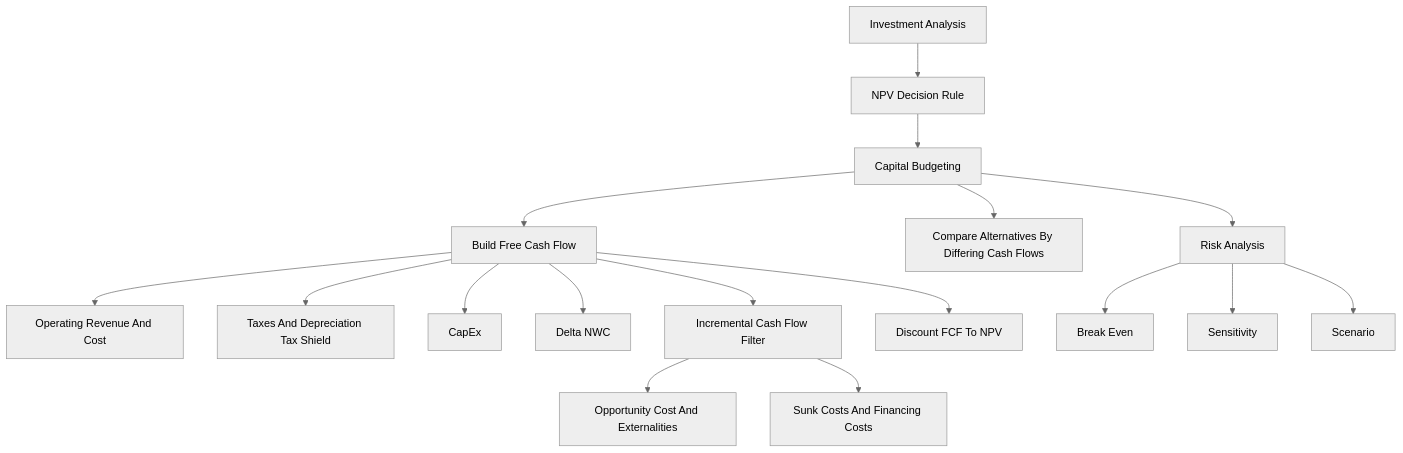
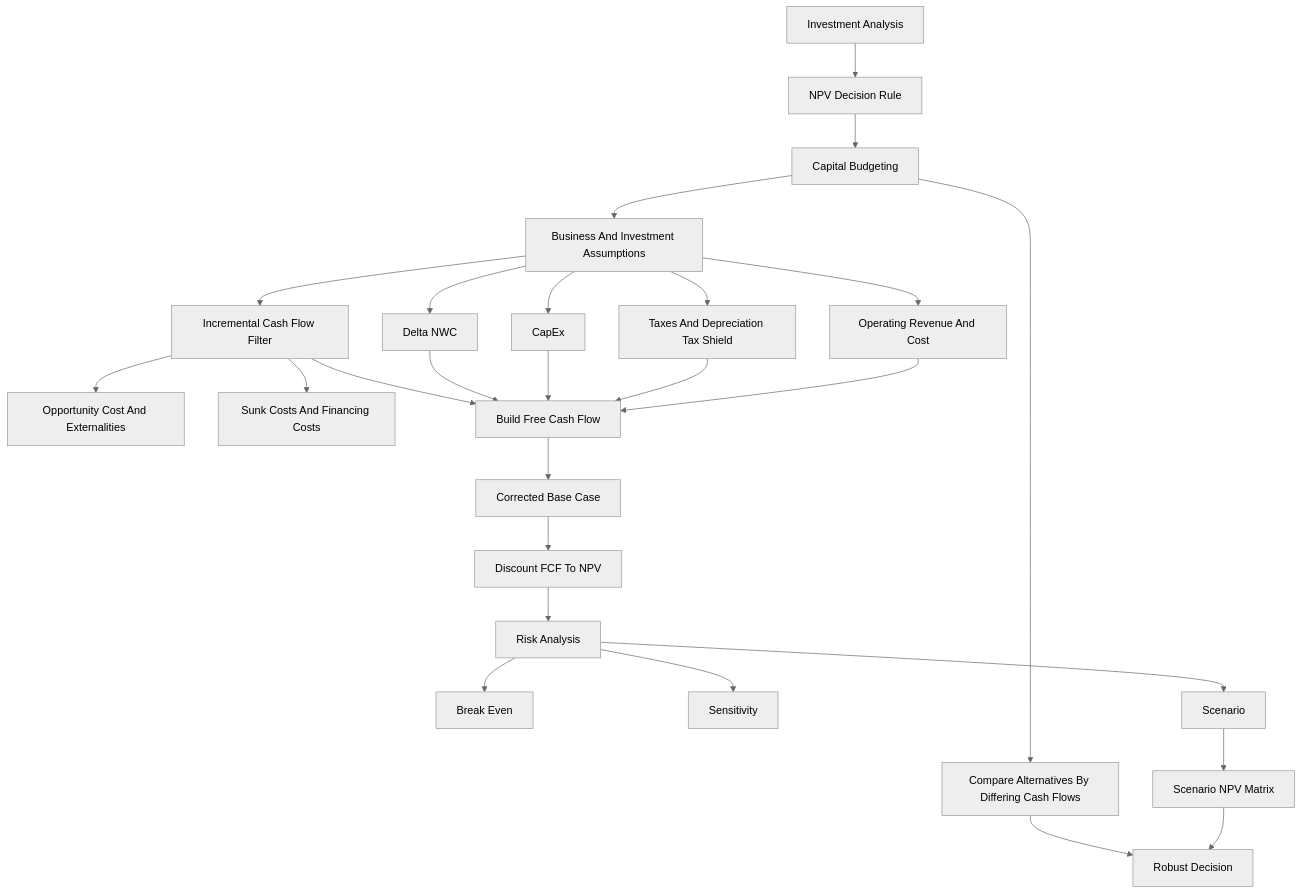
One commit to aerkn1/TUM-semester-2 changed the diagram in finance-and-investment-management/wiki/session-05-06-capital-budgeting/session-05-06-capital-budgeting.md. Above: the diagram before and after it, drawn with Mermaid (neutral theme). The commit also changed other lines of this file and 29 other files, not shown here.

````diff
--- a/finance-and-investment-management/wiki/session-05-06-capital-budgeting/session-05-06-capital-budgeting.md
+++ b/finance-and-investment-management/wiki/session-05-06-capital-budgeting/session-05-06-capital-budgeting.md
@@ -234,19 +897,28 @@
 ```mermaid
 flowchart TD
     IA[Investment Analysis] --> RULE[NPV Decision Rule]
     RULE --> CB[Capital Budgeting]
-    CB --> FCF[Build Free Cash Flow]
-    FCF --> OPER[Operating Revenue And Cost]
-    FCF --> TAX[Taxes And Depreciation Tax Shield]
-    FCF --> CAPEX[CapEx]
-    FCF --> NWC[Delta NWC]
-    FCF --> INC[Incremental Cash Flow Filter]
+    CB --> INPUT[Business And Investment Assumptions]
+    INPUT --> OPER[Operating Revenue And Cost]
+    INPUT --> TAX[Taxes And Depreciation Tax Shield]
+    INPUT --> CAPEX[CapEx]
+    INPUT --> NWC[Delta NWC]
+    INPUT --> INC[Incremental Cash Flow Filter]
     INC --> INCLUDE[Opportunity Cost And Externalities]
     INC --> EXCLUDE[Sunk Costs And Financing Costs]
-    CB --> ALT[Compare Alternatives By Differing Cash Flows]
-    CB --> RISK[Risk Analysis]
+    OPER --> FCF[Build Free Cash Flow]
+    TAX --> FCF
+    CAPEX --> FCF
+    NWC --> FCF
+    INC --> FCF
+    FCF --> BASE[Corrected Base Case]
+    BASE --> NPV[Discount FCF To NPV]
+    NPV --> RISK[Risk Analysis]
     RISK --> BE[Break Even]
     RISK --> SENS[Sensitivity]
     RISK --> SCEN[Scenario]
-    FCF --> NPV[Discount FCF To NPV]
+    SCEN --> MATRIX[Scenario NPV Matrix]
+    MATRIX --> DECIDE[Robust Decision]
+    CB --> ALT[Compare Alternatives By Differing Cash Flows]
+    ALT --> DECIDE
 ```
````
